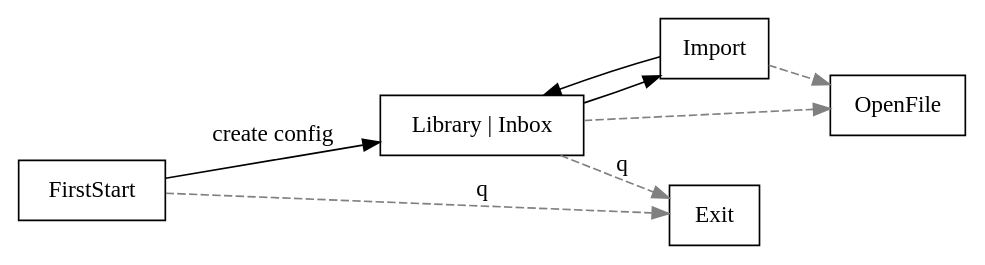
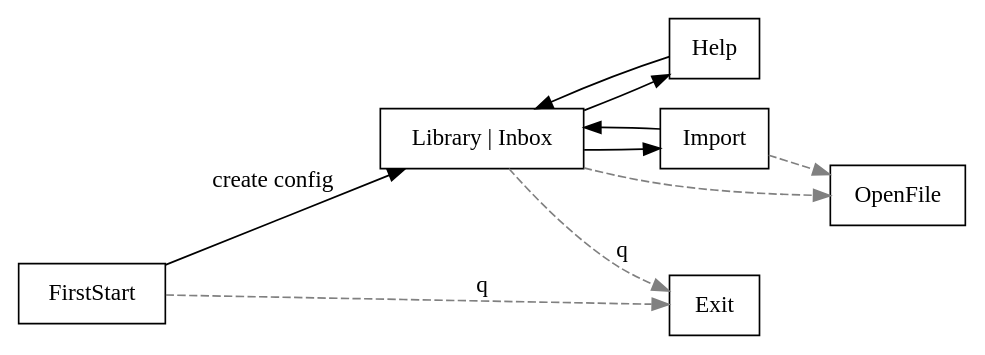
Before and after one commit to 2mol/pboy: the diagram in ui_states.dot, drawn with Graphviz. The commit also changed 3 other files, not shown here.

Commit message:
help screen

```diff
--- a/ui_states.dot
+++ b/ui_states.dot
@@ -1,14 +1,17 @@
 digraph UI {
     rankdir=LR;
     node [shape=box];
 
     MainScreen [label="Library | Inbox"]
 
     FirstStart -> MainScreen [label="create config"]
     MainScreen -> Import
     Import -> MainScreen
 
     {MainScreen, Import} -> OpenFile [style=dashed color=grey]
 
     {FirstStart, MainScreen} -> Exit [label="q" style=dashed color=grey]
+
+    MainScreen -> Help
+    Help -> MainScreen
 }
```
